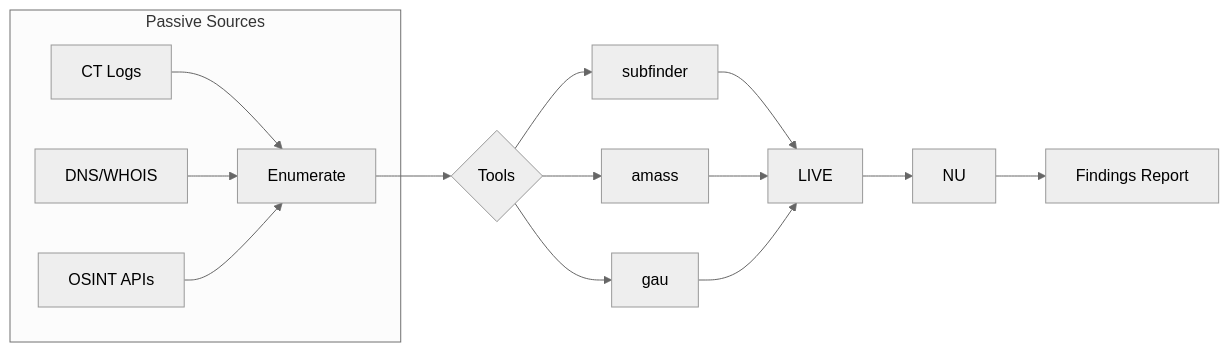
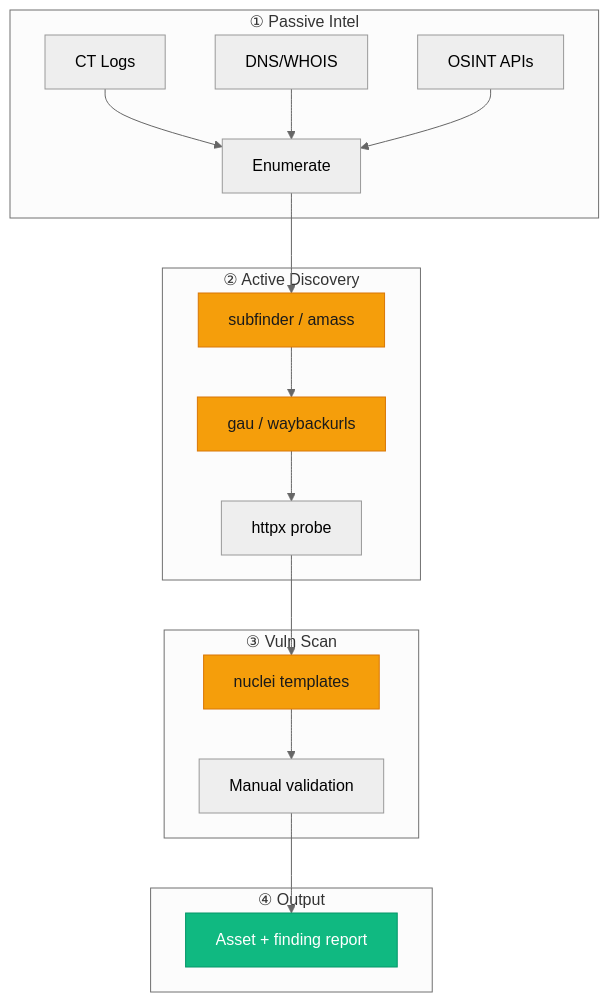
The first of 2 diagrams in docs/bug-bounty/recon/index.md (mamadbypass/security-reference), drawn with Mermaid (neutral theme) before and after one commit. The commit also changed other lines of this file and 102 other files, not shown here.

````diff
--- a/docs/bug-bounty/recon/index.md
+++ b/docs/bug-bounty/recon/index.md
@@ -13,18 +13,28 @@
 ```mermaid
-flowchart LR
-    subgraph Sources["Passive Sources"]
+flowchart TD
+    subgraph Passive["① Passive Intel"]
         CT[CT Logs] --> E[Enumerate]
         DNS[DNS/WHOIS] --> E
         OSINT[OSINT APIs] --> E
     end
-    E --> T{Tools}
-    T --> SF[subfinder] & AM[amass] & GAU[gau]
-    SF & AM & GAU --> LIVE
-    LIVE --> NU --> R[Findings Report]
+    subgraph Active["② Active Discovery"]
+        E --> SF[subfinder / amass]
+        SF --> GAU[gau / waybackurls]
+        GAU --> LIVE[httpx probe]
+    end
+    subgraph Scan["③ Vuln Scan"]
+        LIVE --> NU[nuclei templates]
+        NU --> TRIAGE[Manual validation]
+    end
+    subgraph Out["④ Output"]
+        TRIAGE --> R[Asset + finding report]
+    end
+    class SF,GAU,NU tool
+    class R success
 classDef attacker fill:#ef4444,stroke:#b91c1c,color:#fff
 classDef target fill:#6c3ce0,stroke:#5429c4,color:#fff
 classDef tool fill:#f59e0b,stroke:#d97706,color:#1a1a1a
 classDef success fill:#10b981,stroke:#059669,color:#fff
 classDef warn fill:#f97316,stroke:#ea580c,color:#fff
 
 ```
````
